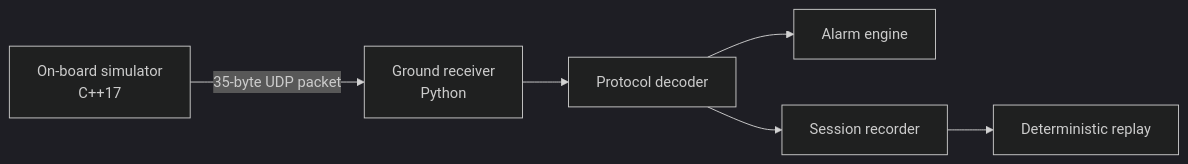
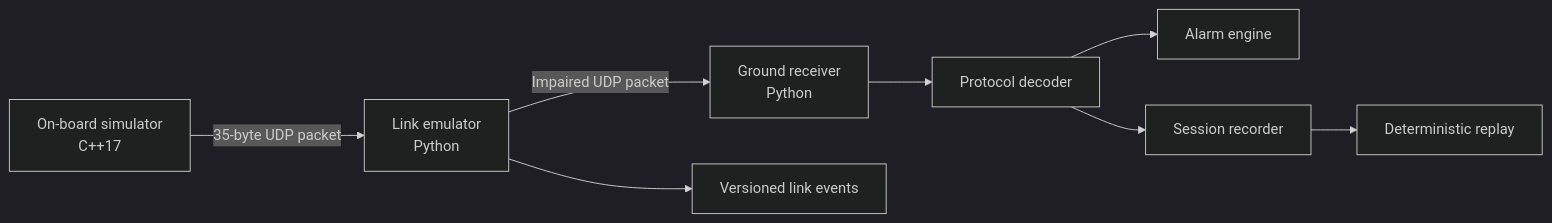
Before and after one commit to DavCalo/OrbitOps: the diagram in docs/architecture.md, drawn with Mermaid (dark theme). The commit also changed other lines of this file and 13 other files, not shown here.

Commit message:
feat: expose deterministic link emulator workflow

````diff
--- a/docs/architecture.md
+++ b/docs/architecture.md
@@ -5,8 +5,10 @@
 ```mermaid
 flowchart LR
-    SIM[On-board simulator\nC++17] -->|35-byte UDP packet| RX[Ground receiver\nPython]
+    SIM[On-board simulator\nC++17] -->|35-byte UDP packet| LINK[Link emulator\nPython]
+    LINK -->|Impaired UDP packet| RX[Ground receiver\nPython]
+    LINK --> EVT[Versioned link events]
     RX --> DEC[Protocol decoder]
     DEC --> ALM[Alarm engine]
     DEC --> REC[Session recorder]
     REC --> REP[Deterministic replay]
 ```
````
